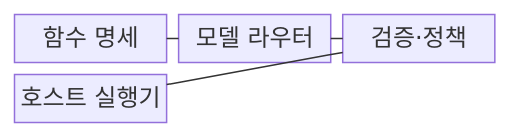
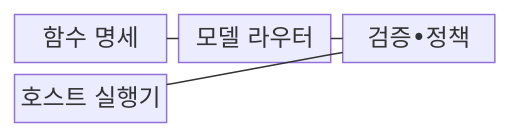
The first of 2 diagrams in src/content/docs/notes/08-latest-tech/005_function_calling.md (agnusdei1207/knowledge-base), drawn with Mermaid before and after one commit. The commit also changed other lines of this file and 953 other files, not shown here.

````diff
--- a/src/content/docs/notes/08-latest-tech/005_function_calling.md
+++ b/src/content/docs/notes/08-latest-tech/005_function_calling.md
@@ -65,11 +65,11 @@
 ```mermaid
 block-beta
     columns 3
     S["함수 명세"]
     M["모델 라우터"]
-    V["검증·정책"]
+    V["검증•정책"]
     H["호스트 실행기"]
     S --- M
     M --- V
     V --- H
 ```
````
